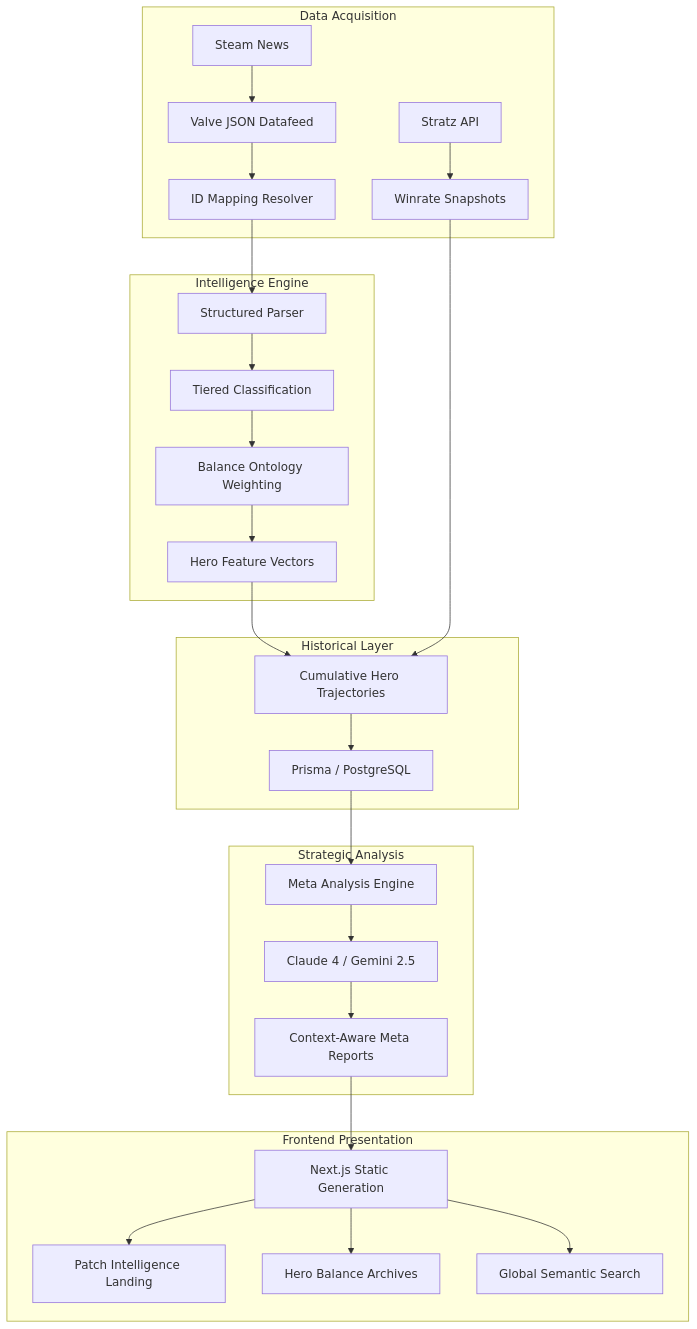
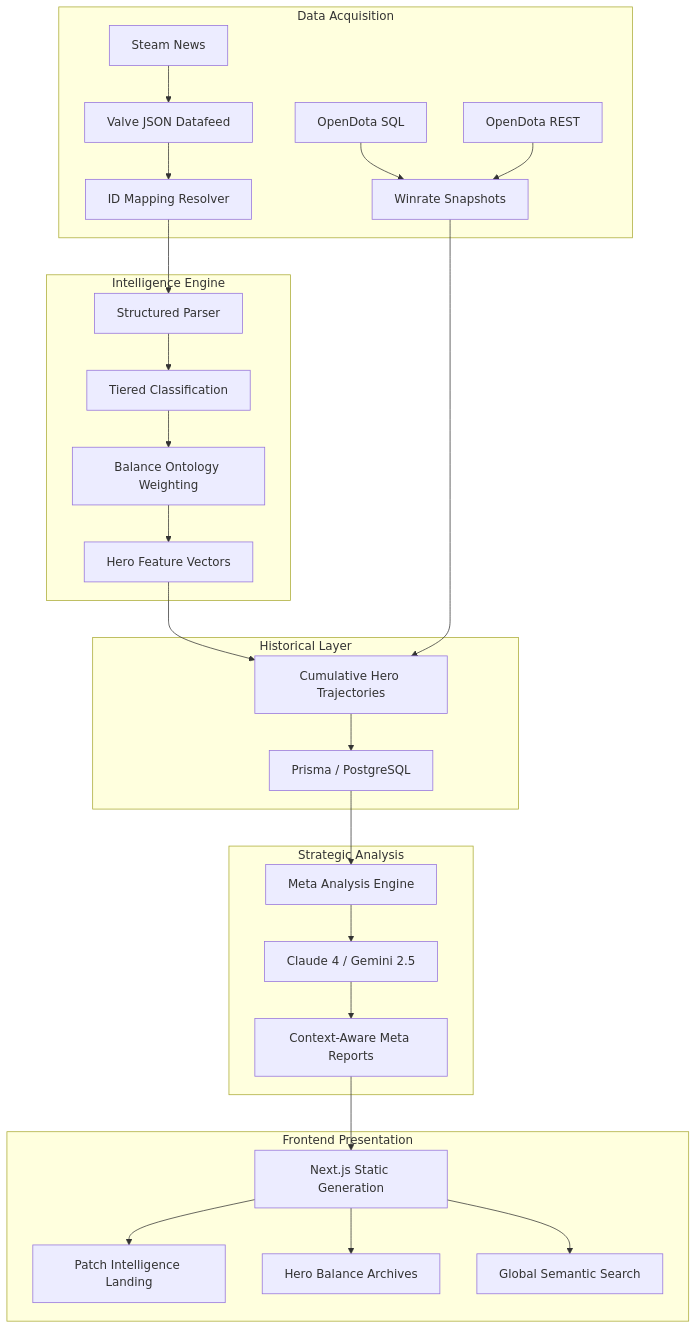
One commit to bamsemats/dota-patch-intelligence changed the diagram in README.md. Above: the diagram before and after it, drawn with Mermaid. The commit also changed other lines of this file and 191 other files, not shown here.

````diff
--- a/README.md
+++ b/README.md
@@ -67,34 +69,35 @@
 ```mermaid
 graph TD
     subgraph "Data Acquisition"
         A[Steam News] --> B[Valve JSON Datafeed]
         B --> C[ID Mapping Resolver]
-        S[Stratz API] --> W[Winrate Snapshots]
+        D1[OpenDota SQL] --> W[Winrate Snapshots]
+        D2[OpenDota REST] --> W
     end
 
     subgraph "Intelligence Engine"
         C --> D[Structured Parser]
         D --> E[Tiered Classification]
         E --> F[Balance Ontology Weighting]
         F --> G[Hero Feature Vectors]
     end
 
     subgraph "Historical Layer"
         G --> H[Cumulative Hero Trajectories]
         W --> H
         H --> I[Prisma / PostgreSQL]
     end
 
     subgraph "Strategic Analysis"
         I --> J[Meta Analysis Engine]
         J --> K[Claude 4 / Gemini 2.5]
         K --> L[Context-Aware Meta Reports]
     end
 
     subgraph "Frontend Presentation"
         L --> M[Next.js Static Generation]
         M --> N[Patch Intelligence Landing]
         M --> O[Hero Balance Archives]
         M --> P[Global Semantic Search]
     end
 ```
````
